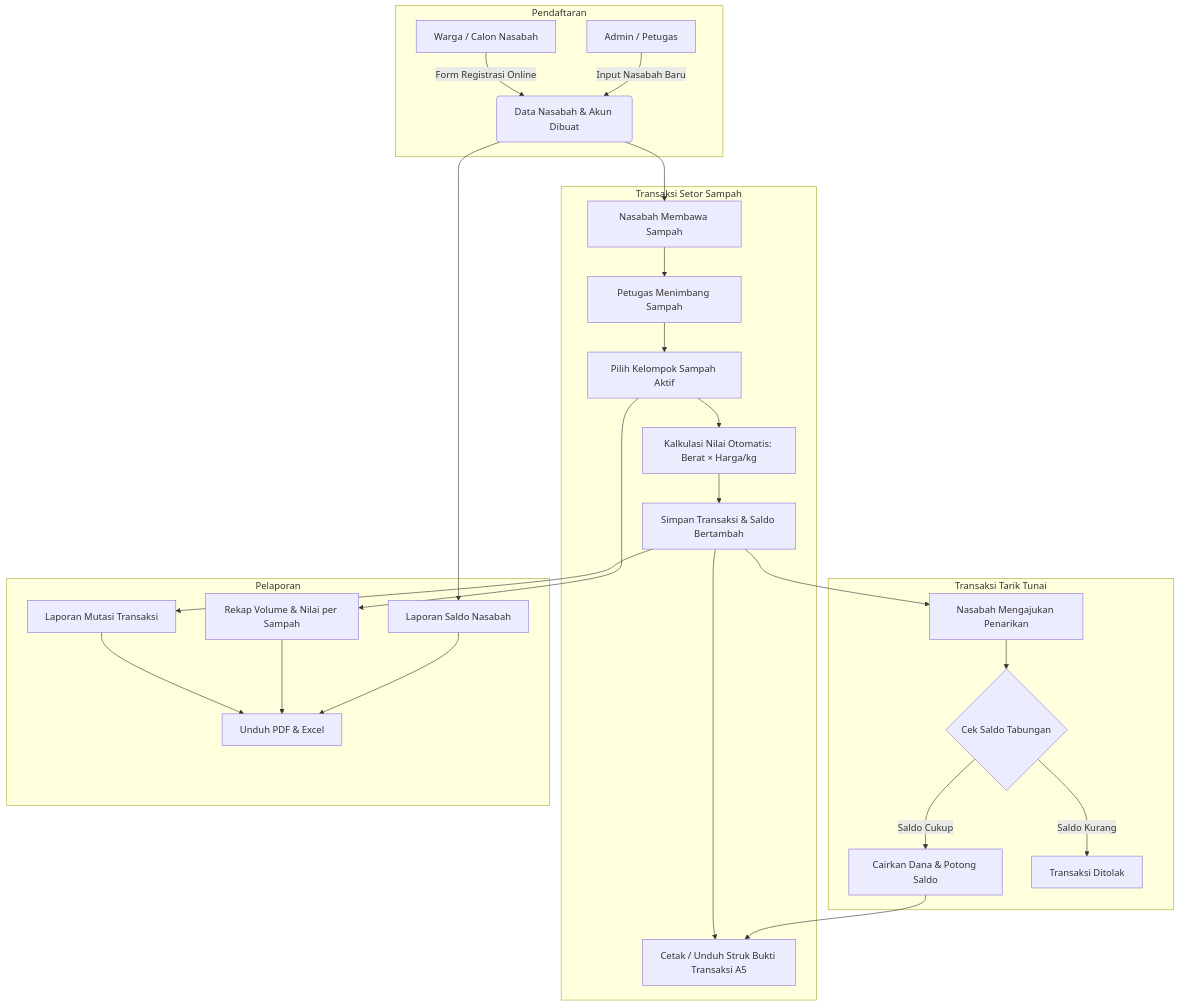
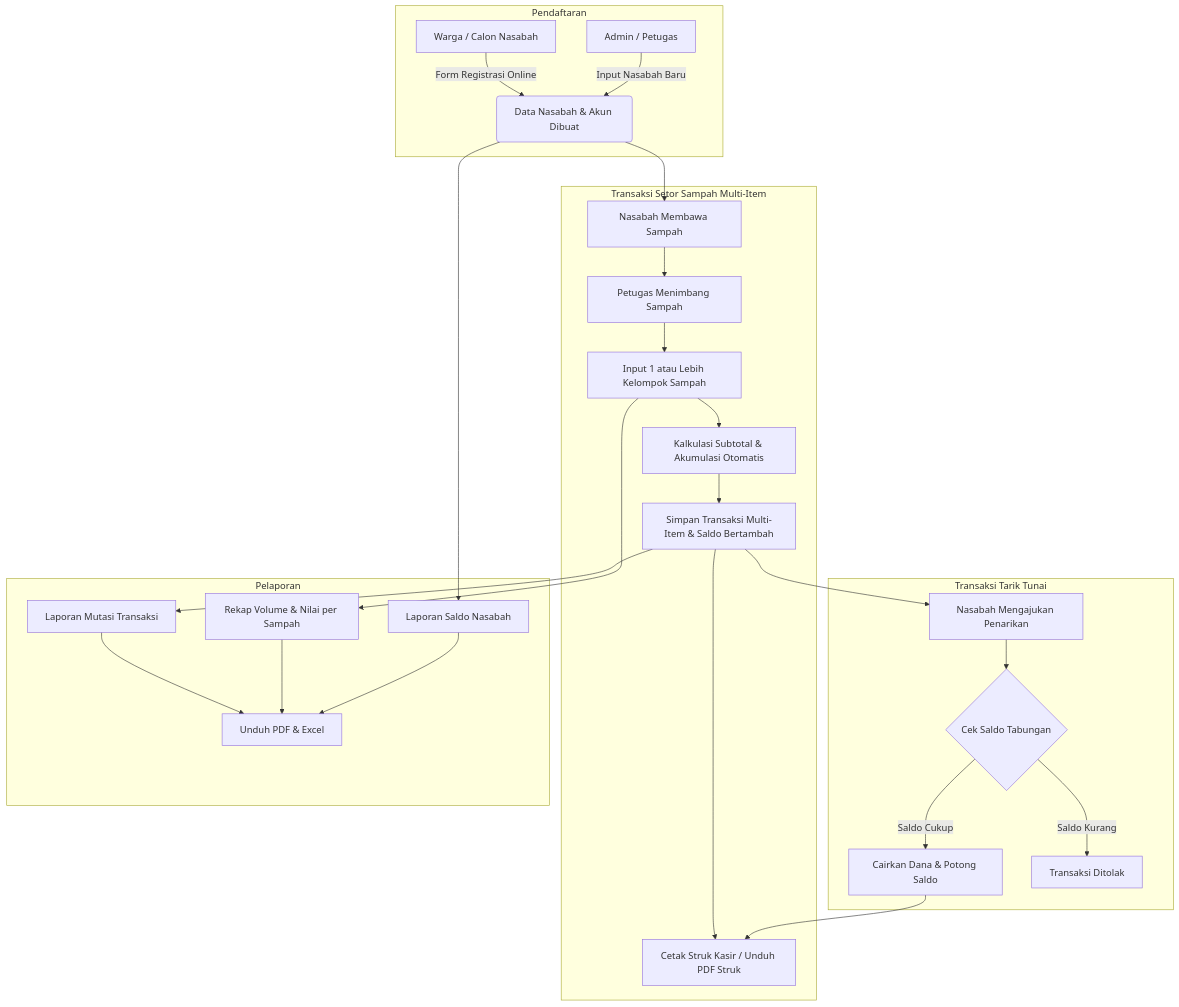
One commit to teknodaeng/bsuvillaharmonis changed the diagram in README.md. Above: the diagram before and after it, drawn with Mermaid. The commit also changed other lines of this file and 1 other file, not shown here.

````diff
--- a/README.md
+++ b/README.md
@@ -194,31 +200,31 @@
 ```mermaid
 flowchart TD
     subgraph Pendaftaran
         A[Warga / Calon Nasabah] -->|Form Registrasi Online| B(Data Nasabah & Akun Dibuat)
         C[Admin / Petugas] -->|Input Nasabah Baru| B
     end
 
-    subgraph Transaksi Setor Sampah
+    subgraph Transaksi Setor Sampah Multi-Item
         B --> D[Nasabah Membawa Sampah]
         D --> E[Petugas Menimbang Sampah]
-        E --> F[Pilih Kelompok Sampah Aktif]
-        F --> G[Kalkulasi Nilai Otomatis: Berat × Harga/kg]
-        G --> H[Simpan Transaksi & Saldo Bertambah]
-        H --> I[Cetak / Unduh Struk Bukti Transaksi A5]
+        E --> F[Input 1 atau Lebih Kelompok Sampah]
+        F --> G[Kalkulasi Subtotal & Akumulasi Otomatis]
+        G --> H[Simpan Transaksi Multi-Item & Saldo Bertambah]
+        H --> I[Cetak Struk Kasir / Unduh PDF Struk]
     end
 
     subgraph Transaksi Tarik Tunai
         H --> J[Nasabah Mengajukan Penarikan]
         J --> K{Cek Saldo Tabungan}
         K -->|Saldo Cukup| L[Cairkan Dana & Potong Saldo]
         K -->|Saldo Kurang| M[Transaksi Ditolak]
         L --> I
     end
 
     subgraph Pelaporan
         H --> N[Laporan Mutasi Transaksi]
         F --> O[Rekap Volume & Nilai per Sampah]
         B --> P[Laporan Saldo Nasabah]
         N & O & P --> Q[Unduh PDF & Excel]
     end
 ```
````
